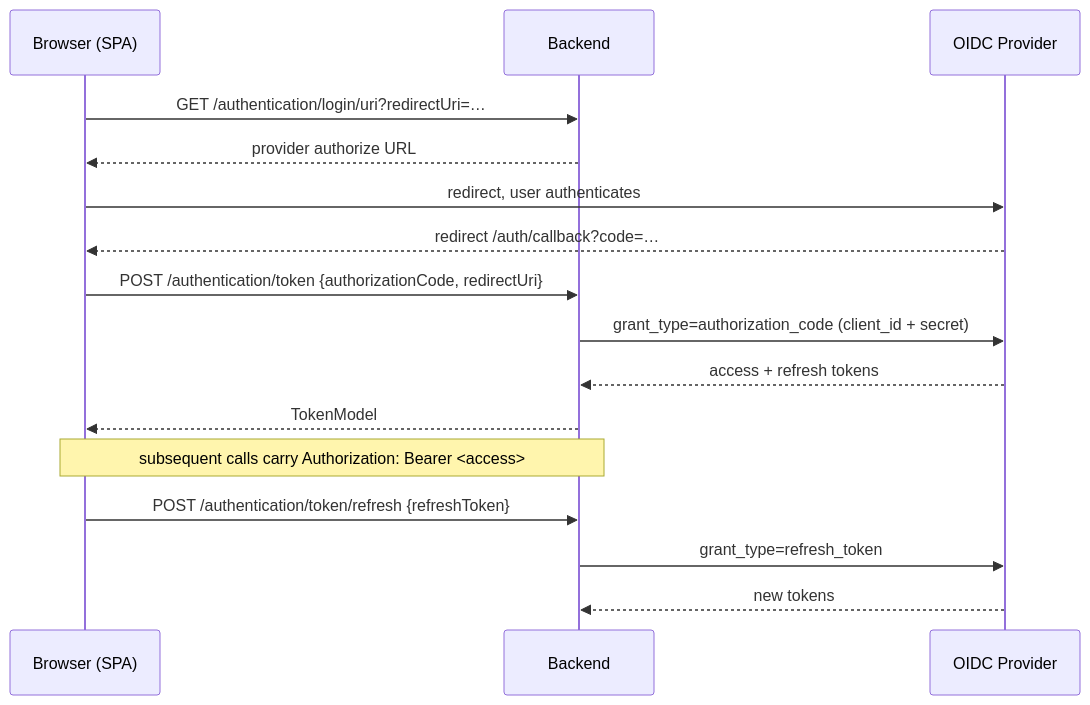
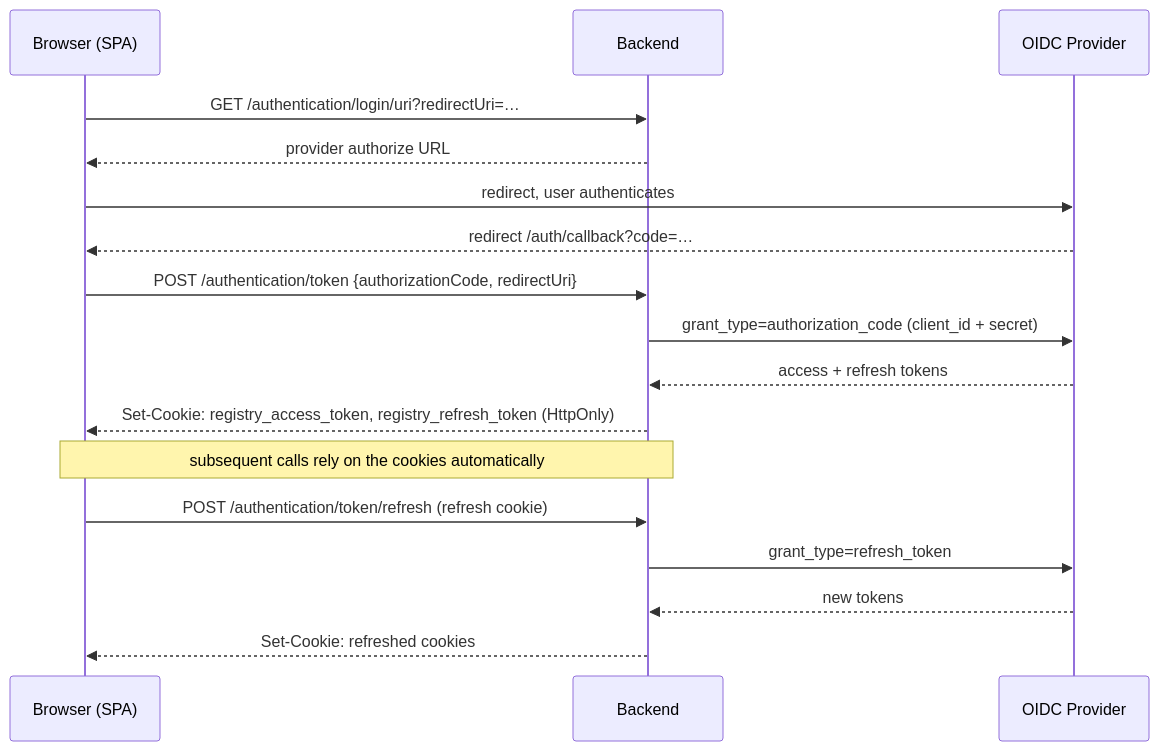
One commit to laucoin/Documentations changed the first of 2 diagrams in documentation/registry/technical/security.md. Above: the diagram before and after it, drawn with Mermaid. The commit also changed other lines of this file and 10 other files, not shown here.

````diff
--- a/documentation/registry/technical/security.md
+++ b/documentation/registry/technical/security.md
@@ -16,19 +18,20 @@
 ```mermaid
 sequenceDiagram
     participant B as Browser (SPA)
     participant A as Backend
     participant I as OIDC Provider
 
     B->>A: GET /authentication/login/uri?redirectUri=…
     A-->>B: provider authorize URL
     B->>I: redirect, user authenticates
     I-->>B: redirect /auth/callback?code=…
     B->>A: POST /authentication/token {authorizationCode, redirectUri}
     A->>I: grant_type=authorization_code (client_id + secret)
     I-->>A: access + refresh tokens
-    A-->>B: TokenModel
-    Note over B,A: subsequent calls carry Authorization: Bearer <access>
-    B->>A: POST /authentication/token/refresh {refreshToken}
+    A-->>B: Set-Cookie: registry_access_token, registry_refresh_token (HttpOnly)
+    Note over B,A: subsequent calls rely on the cookies automatically
+    B->>A: POST /authentication/token/refresh (refresh cookie)
     A->>I: grant_type=refresh_token
     I-->>A: new tokens
+    A-->>B: Set-Cookie: refreshed cookies
 ```
````
